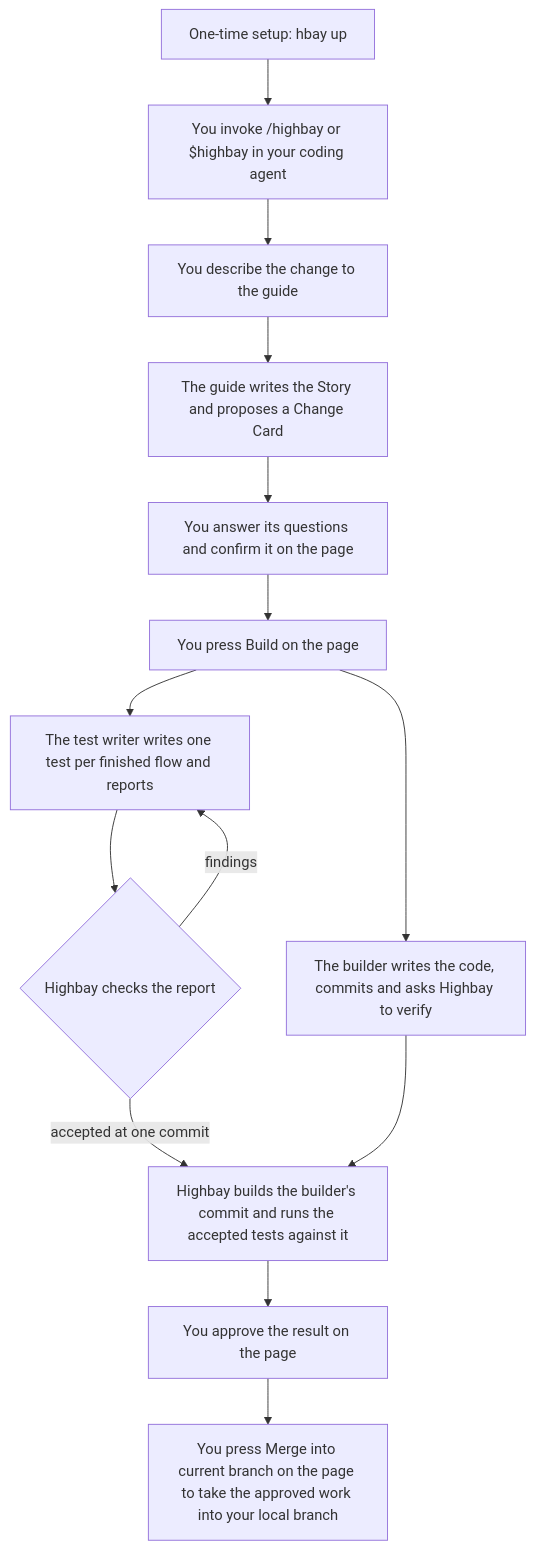
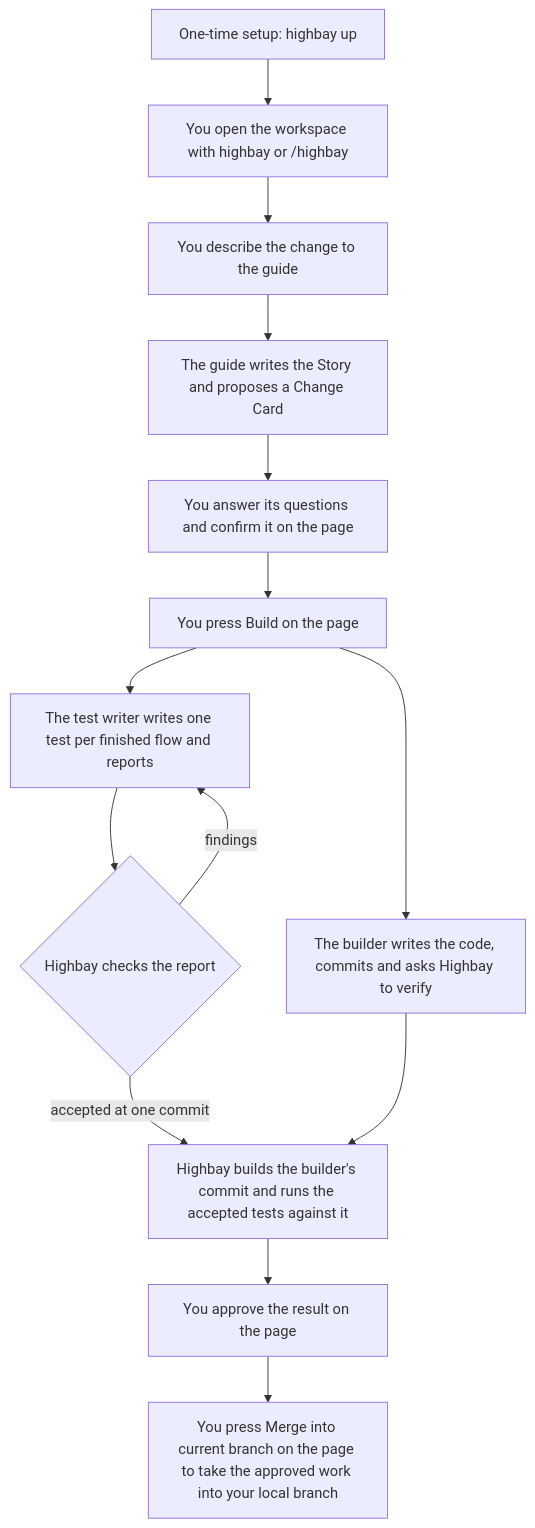
The diagram in docs/HOW_IT_WORKS.md (goadesign/highbay), drawn with Mermaid before and after one commit. The commit also changed other lines of this file and 427 other files, not shown here.

````diff
--- a/docs/HOW_IT_WORKS.md
+++ b/docs/HOW_IT_WORKS.md
@@ -79,16 +79,16 @@
 ```mermaid
 flowchart TD
-    A["One-time setup: hbay up"] --> B["You invoke /highbay or $highbay in your coding agent"]
+    A["One-time setup: highbay up"] --> B["You open the workspace with highbay or /highbay"]
     B --> C["You describe the change to the guide"]
     C --> D["The guide writes the Story and proposes a Change Card"]
     D --> E["You answer its questions and confirm it on the page"]
     E --> F["You press Build on the page"]
     F --> G["The test writer writes one test per finished flow and reports"]
     G --> H{"Highbay checks the report"}
     H -->|"findings"| G
     H -->|"accepted at one commit"| J["Highbay builds the builder's commit and runs the accepted tests against it"]
     F --> I["The builder writes the code, commits and asks Highbay to verify"]
     I --> J
     J --> K["You approve the result on the page"]
     K --> L["You press Merge into current branch on the page to take the approved work into your local branch"]
 ```
````
